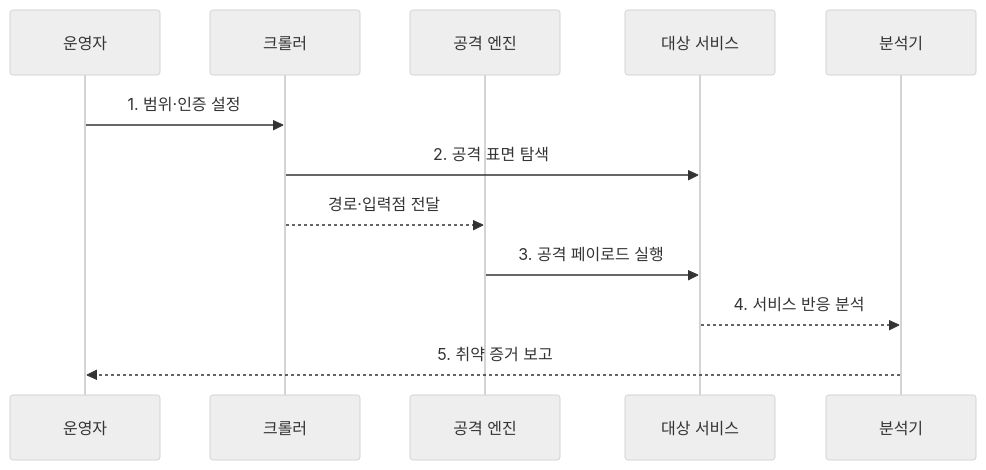
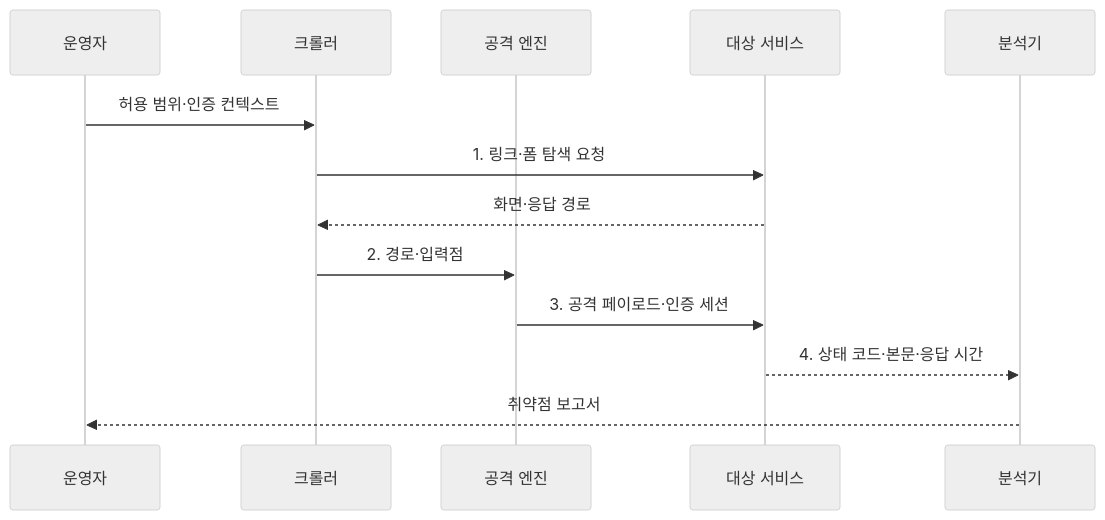
One commit to agnusdei1207/knowledge-base changed the second of 2 diagrams in src/content/docs/notes/03-software/068_dynamic_application_security_testing.md. Above: the diagram before and after it, drawn with Mermaid (neutral theme). The commit also changed other lines of this file and 20 other files, not shown here.

````diff
--- a/src/content/docs/notes/03-software/068_dynamic_application_security_testing.md
+++ b/src/content/docs/notes/03-software/068_dynamic_application_security_testing.md
@@ -79,14 +90,15 @@
 ```mermaid
 sequenceDiagram
     participant O as 운영자
     participant C as 크롤러
     participant A as 공격 엔진
     participant T as 대상 서비스
     participant R as 분석기
-    O->>C: 1. 범위·인증 설정
-    C->>T: 2. 공격 표면 탐색
-    C-->>A: 경로·입력점 전달
-    A->>T: 3. 공격 페이로드 실행
-    T-->>R: 4. 서비스 반응 분석
-    R-->>O: 5. 취약 증거 보고
+    O->>C: 허용 범위·인증 컨텍스트
+    C->>T: 1. 링크·폼 탐색 요청
+    T-->>C: 화면·응답 경로
+    C->>A: 2. 경로·입력점
+    A->>T: 3. 공격 페이로드·인증 세션
+    T-->>R: 4. 상태 코드·본문·응답 시간
+    R-->>O: 취약점 보고서
 ```
````
